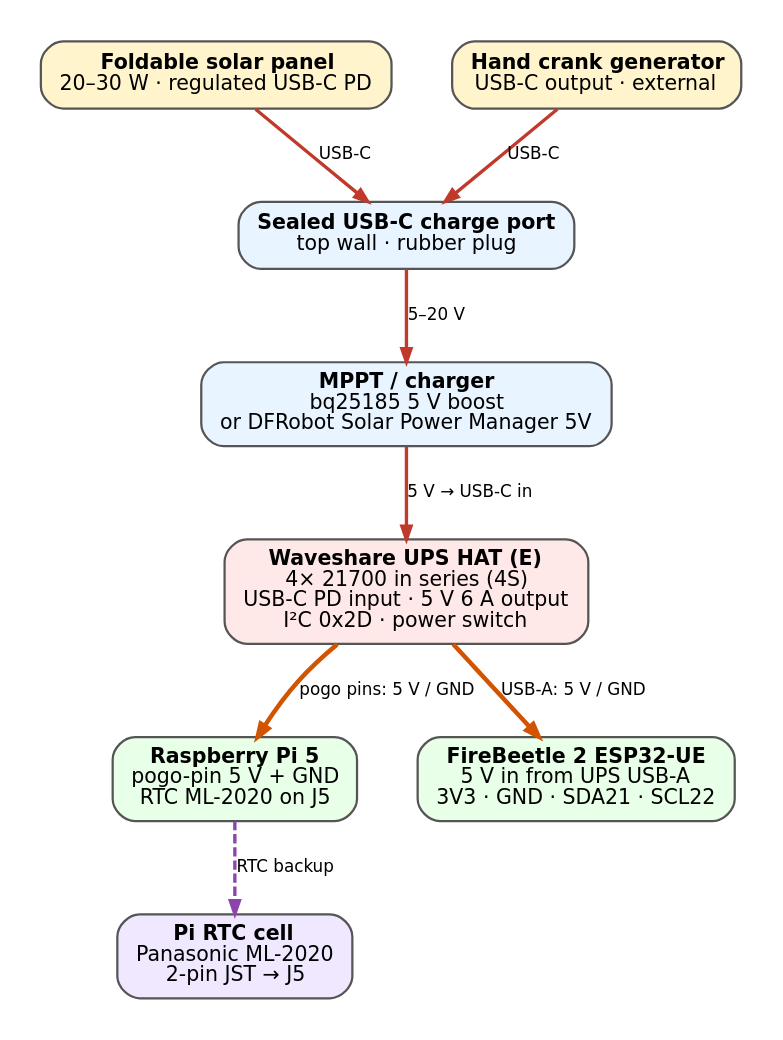
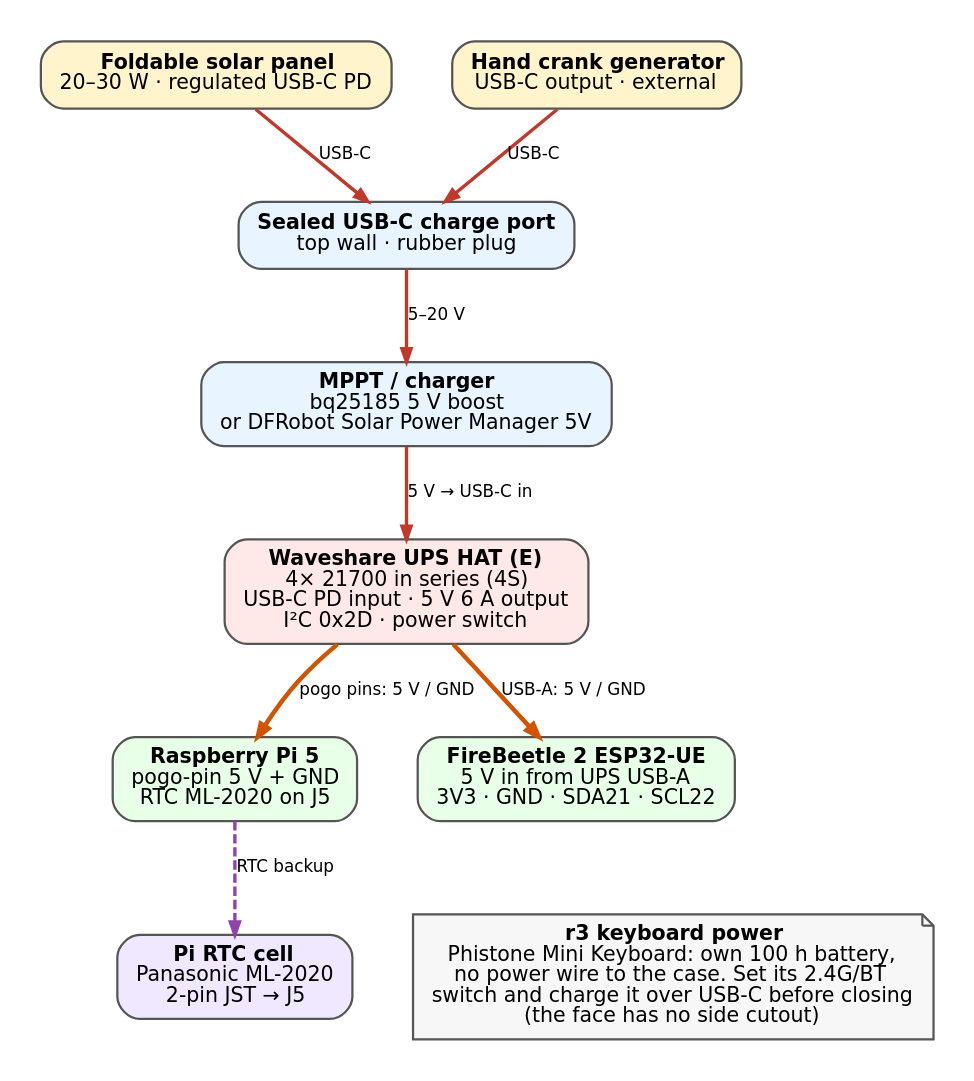
Before and after one commit to jsoeterbroek/ktemata: the diagram in docs/wiring_power.dot, drawn with Graphviz. The commit also changed 15 other files, not shown here.

First line of the commit message:
Retarget wiring diagrams and schematic for the r3 build

```diff
--- a/docs/wiring_power.dot
+++ b/docs/wiring_power.dot
@@ -1,25 +1,27 @@
 digraph power {
   graph [rankdir=TB, splines=spline, nodesep=0.45, ranksep=0.55, fontname="DejaVu Sans", bgcolor="white", pad=0.2];
   node [shape=box, style="rounded,filled", fontname="DejaVu Sans", fontsize=11, margin="0.14,0.08", color="#555555", penwidth=1.2];
   edge [fontname="DejaVu Sans", fontsize=9, color="#c0392b", penwidth=1.8, arrowsize=0.7];
 
   solar [label=<<b>Foldable solar panel</b><br/>20–30 W · regulated USB-C PD>, fillcolor="#fff4cc"];
   crank [label=<<b>Hand crank generator</b><br/>USB-C output · external>, fillcolor="#fff4cc"];
   port  [label=<<b>Sealed USB-C charge port</b><br/>top wall · rubber plug>, fillcolor="#e8f4ff"];
   mppt  [label=<<b>MPPT / charger</b><br/>bq25185 5 V boost<br/>or DFRobot Solar Power Manager 5V>, fillcolor="#e8f4ff"];
   ups   [label=<<b>Waveshare UPS HAT (E)</b><br/>4× 21700 in series (4S)<br/>USB-C PD input · 5 V 6 A output<br/>I²C 0x2D · power switch>, fillcolor="#ffe8e8"];
   pi    [label=<<b>Raspberry Pi 5</b><br/>pogo-pin 5 V + GND<br/>RTC ML-2020 on J5>, fillcolor="#e8ffe8"];
   fb    [label=<<b>FireBeetle 2 ESP32-UE</b><br/>5 V in from UPS USB-A<br/>3V3 · GND · SDA21 · SCL22>, fillcolor="#e8ffe8"];
   rtc   [label=<<b>Pi RTC cell</b><br/>Panasonic ML-2020<br/>2-pin JST → J5>, fillcolor="#f0e8ff"];
+  kbdnote [shape=note, label=<<b>r3 keyboard power</b><br/>Phistone Mini Keyboard: own 100 h battery,<br/>no power wire to the case. Set its 2.4G/BT<br/>switch and charge it over USB-C before closing<br/>(the face has no side cutout)>, fillcolor="#f7f7f7"];
 
   solar -> port [label="USB-C"];
   crank -> port [label="USB-C"];
   port -> mppt [label="5–20 V"];
   mppt -> ups [label="5 V → USB-C in"];
   ups -> pi [label="pogo pins: 5 V / GND", color="#d35400", penwidth=2.4];
   ups -> fb [label="USB-A: 5 V / GND", color="#d35400", penwidth=2.4];
   pi -> rtc [label="RTC backup", style=dashed, color="#8e44ad"];
 
   { rank=same; solar; crank; }
   { rank=same; pi; fb; }
+  { rank=same; rtc; kbdnote; }
 }
```
